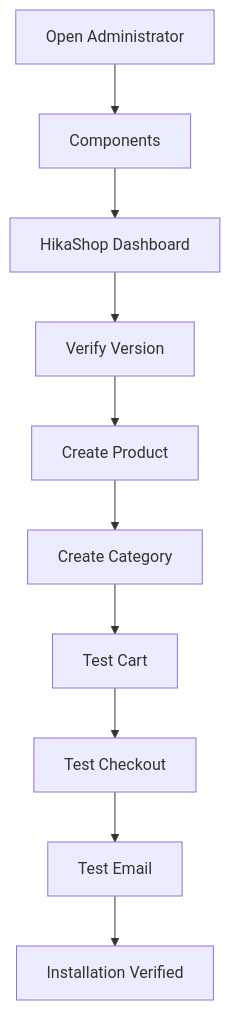
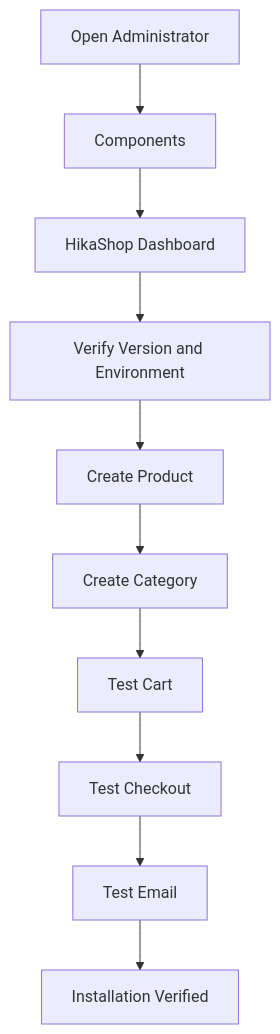
One commit to duyduyly/php-notebook changed the fifth of 6 diagrams in joomla/learning/extensions/hikashop-6-5-2-installation-guide.md. Above: the diagram before and after it, drawn with Mermaid. The commit also changed other lines of this file, not shown here.

````diff
--- a/joomla/learning/extensions/hikashop-6-5-2-installation-guide.md
+++ b/joomla/learning/extensions/hikashop-6-5-2-installation-guide.md
@@ -225,12 +283,12 @@
 ```mermaid
 flowchart TD
     A[Open Administrator] --> B[Components]
     B --> C[HikaShop Dashboard]
-    C --> D[Verify Version]
+    C --> D[Verify Version and Environment]
     D --> E[Create Product]
     E --> F[Create Category]
     F --> G[Test Cart]
     G --> H[Test Checkout]
     H --> I[Test Email]
     I --> J[Installation Verified]
 ```
````
